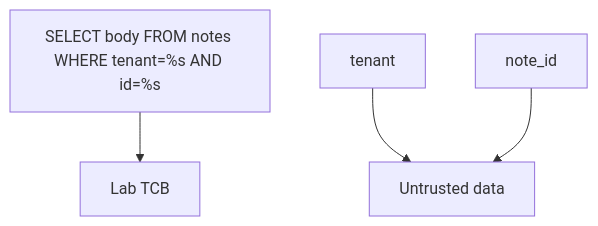
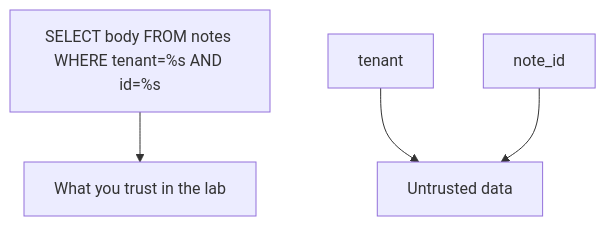
Before and after one commit to ishitvagoel/LearnSecurity: the first of 2 diagrams in content/modules/5/5.5/lessons/02-model.md, drawn with Mermaid. The commit also changed other lines of this file and 39 other files, not shown here.

````diff
--- a/content/modules/5/5.5/lessons/02-model.md
+++ b/content/modules/5/5.5/lessons/02-model.md
@@ -15,6 +16,6 @@
 ```mermaid
 flowchart TD
-  Sql["SELECT body FROM notes WHERE tenant=%s AND id=%s"] --> TCB[Lab TCB]
+  Sql["SELECT body FROM notes WHERE tenant=%s AND id=%s"] --> TCB[What you trust in the lab]
   Tenant[tenant] --> Untrusted[Untrusted data]
   NoteId[note_id] --> Untrusted
 ```
````
